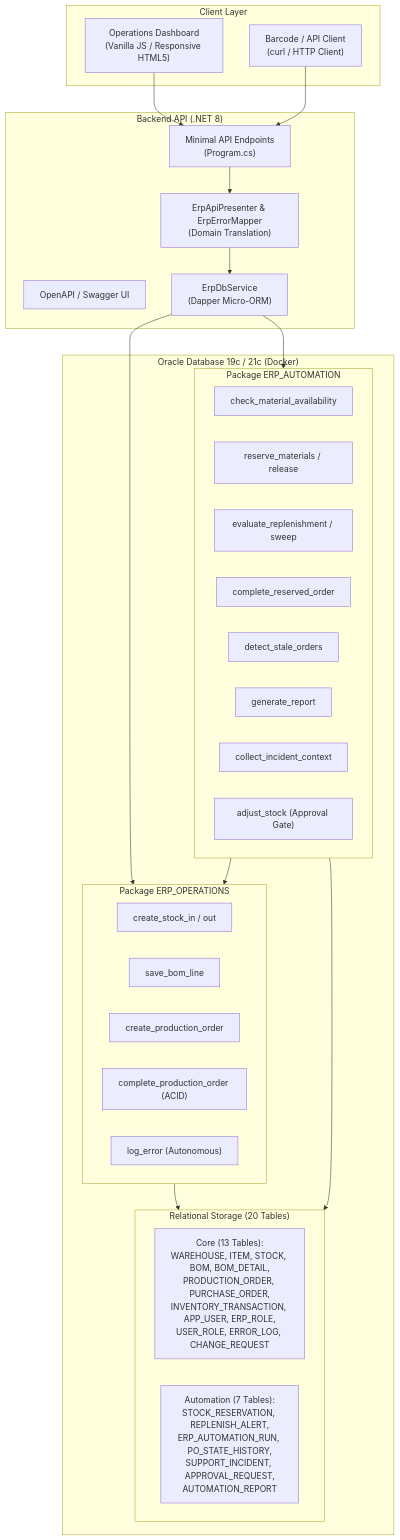
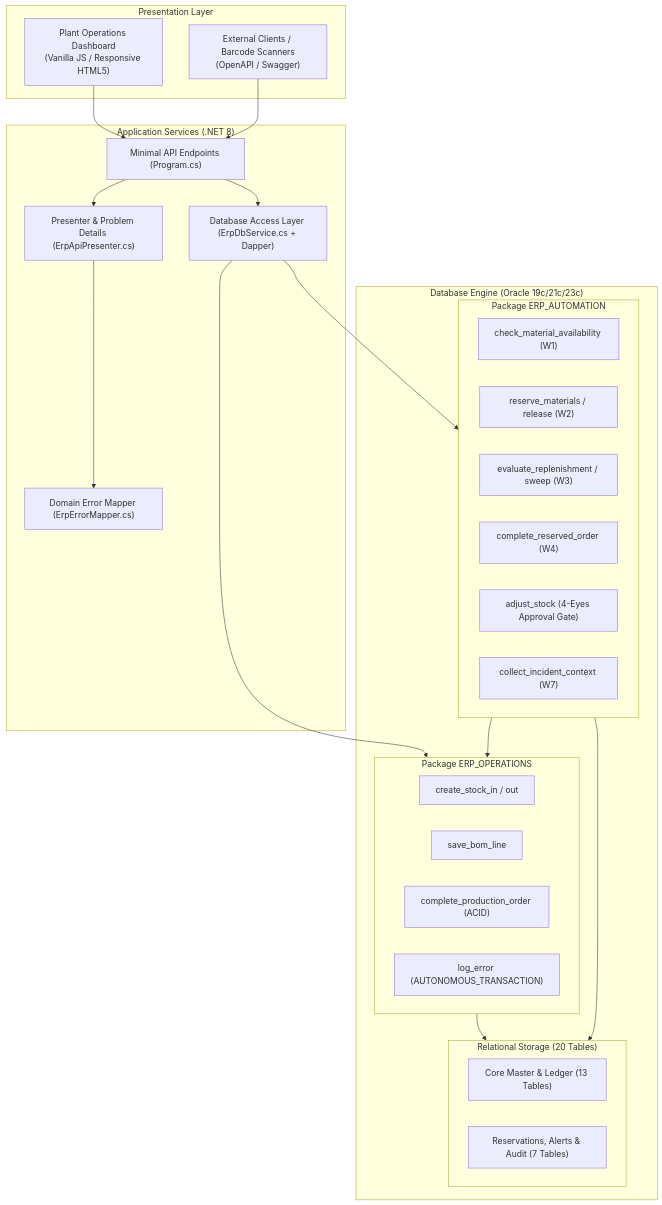
Before and after one commit to imtarget05/MiniERP-Manufacturing-Warehouse: the first of 2 diagrams in README.md, drawn with Mermaid. The commit also changed other lines of this file, not shown here.

````diff
--- a/README.md
+++ b/README.md
@@ -69,50 +83,48 @@
 ```mermaid
 flowchart TB
-    subgraph Clients["Client Layer"]
-        UI["Operations Dashboard<br/>(Vanilla JS / Responsive HTML5)"]
-        Scanner["Barcode / API Client<br/>(curl / HTTP Client)"]
+    subgraph UI["Presentation Layer"]
+        Dash["Plant Operations Dashboard<br/>(Vanilla JS / Responsive HTML5)"]
+        Curl["External Clients / Barcode Scanners<br/>(OpenAPI / Swagger)"]
     end
 
-    subgraph API["Backend API (.NET 8)"]
-        Swagger["OpenAPI / Swagger UI"]
-        Controller["Minimal API Endpoints<br/>(Program.cs)"]
-        Presenter["ErpApiPresenter & ErpErrorMapper<br/>(Domain Translation)"]
-        DbService["ErpDbService<br/>(Dapper Micro-ORM)"]
+    subgraph API["Application Services (.NET 8)"]
+        Routes["Minimal API Endpoints (Program.cs)"]
+        Mapper["Domain Error Mapper (ErpErrorMapper.cs)"]
+        Presenter["Presenter & Problem Details (ErpApiPresenter.cs)"]
+        DbSvc["Database Access Layer (ErpDbService.cs + Dapper)"]
     end
 
-    subgraph Database["Oracle Database 19c / 21c (Docker)"]
-        subgraph OperationsPkg["Package ERP_OPERATIONS"]
-            P1["create_stock_in / out"]
-            P2["save_bom_line"]
-            P3["create_production_order"]
-            P4["complete_production_order (ACID)"]
-            P5["log_error (Autonomous)"]
+    subgraph DB["Database Engine (Oracle 19c/21c/23c)"]
+        subgraph PKG1["Package ERP_OPERATIONS"]
+            OP1["create_stock_in / out"]
+            OP2["save_bom_line"]
+            OP3["complete_production_order (ACID)"]
+            OP4["log_error (AUTONOMOUS_TRANSACTION)"]
         end
 
-        subgraph AutomationPkg["Package ERP_AUTOMATION"]
-            W1["check_material_availability"]
-            W2["reserve_materials / release"]
-            W3["evaluate_replenishment / sweep"]
-            W4["complete_reserved_order"]
-            W5["detect_stale_orders"]
-            W6["generate_report"]
-            W7["collect_incident_context"]
-            W8["adjust_stock (Approval Gate)"]
+        subgraph PKG2["Package ERP_AUTOMATION"]
+            AU1["check_material_availability (W1)"]
+            AU2["reserve_materials / release (W2)"]
+            AU3["evaluate_replenishment / sweep (W3)"]
+            AU4["complete_reserved_order (W4)"]
+            AU5["adjust_stock (4-Eyes Approval Gate)"]
+            AU6["collect_incident_context (W7)"]
         end
 
-        subgraph Storage["Relational Storage (20 Tables)"]
-            T_Core["Core (13 Tables):<br/>WAREHOUSE, ITEM, STOCK, BOM, BOM_DETAIL,<br/>PRODUCTION_ORDER, PURCHASE_ORDER,<br/>INVENTORY_TRANSACTION, APP_USER, ERP_ROLE,<br/>USER_ROLE, ERROR_LOG, CHANGE_REQUEST"]
-            T_Auto["Automation (7 Tables):<br/>STOCK_RESERVATION, REPLENISH_ALERT,<br/>ERP_AUTOMATION_RUN, PO_STATE_HISTORY,<br/>SUPPORT_INCIDENT, APPROVAL_REQUEST,<br/>AUTOMATION_REPORT"]
+        subgraph Tables["Relational Storage (20 Tables)"]
+            T_Core["Core Master & Ledger (13 Tables)"]
+            T_Auto["Reservations, Alerts & Audit (7 Tables)"]
         end
     end
 
-    UI --> Controller
-    Scanner --> Controller
-    Controller --> Presenter
-    Presenter --> DbService
-    DbService --> OperationsPkg
-    DbService --> AutomationPkg
-    OperationsPkg --> Storage
-    AutomationPkg --> OperationsPkg
-    AutomationPkg --> Storage
+    Dash --> Routes
+    Curl --> Routes
+    Routes --> Presenter
+    Presenter --> Mapper
+    Routes --> DbSvc
+    DbSvc --> PKG1
+    DbSvc --> PKG2
+    PKG1 --> Tables
+    PKG2 --> PKG1
+    PKG2 --> Tables
 ```
````
